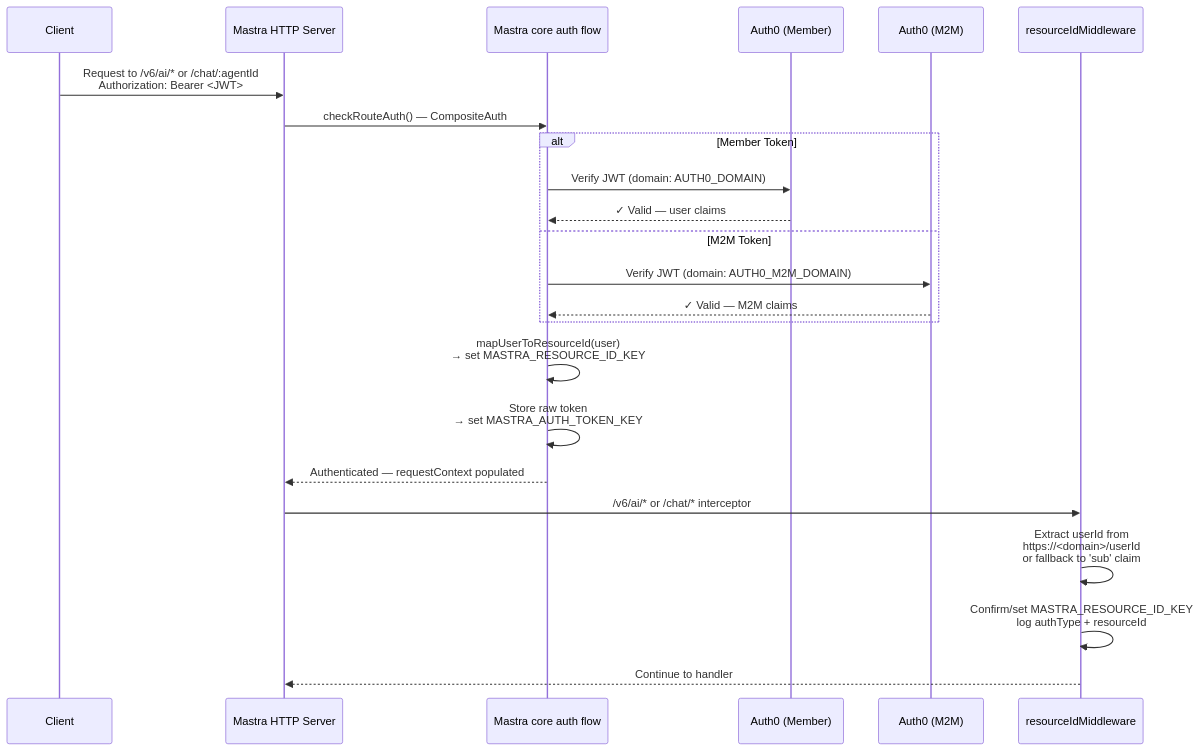
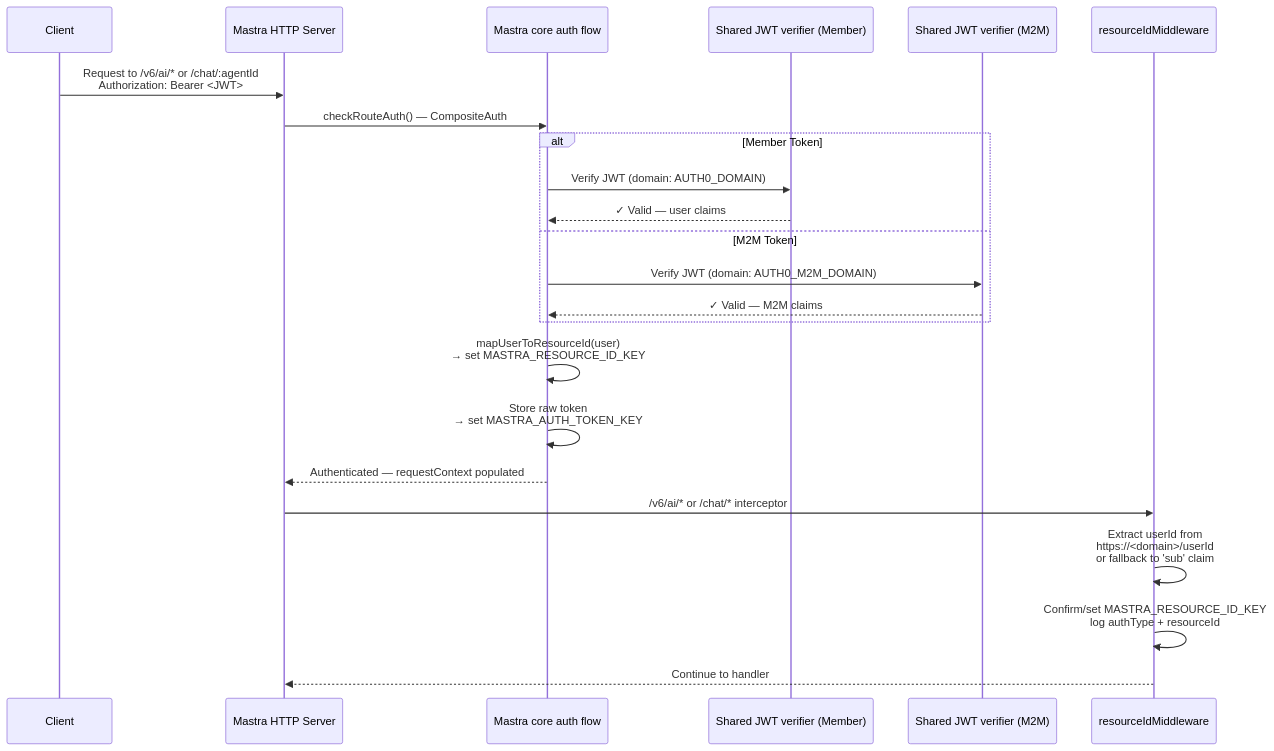
The second of 4 diagrams in README.md (topcoder-platform/tc-ai-api), drawn with Mermaid before and after one commit. The commit also changed other lines of this file and 17 other files, not shown here.

````diff
--- a/README.md
+++ b/README.md
@@ -913,29 +919,29 @@
 ```mermaid
 sequenceDiagram
     participant Client
     participant Server as Mastra HTTP Server
     participant CoreAuth as Mastra core auth flow
-    participant MemberAuth as Auth0 (Member)
-    participant M2MAuth as Auth0 (M2M)
+    participant MemberAuth as Shared JWT verifier (Member)
+    participant M2MAuth as Shared JWT verifier (M2M)
     participant ResMiddleware as resourceIdMiddleware
 
     Client->>Server: Request to /v6/ai/* or /chat/:agentId<br/>Authorization: Bearer <JWT>
     Server->>CoreAuth: checkRouteAuth() — CompositeAuth
 
     alt Member Token
         CoreAuth->>MemberAuth: Verify JWT (domain: AUTH0_DOMAIN)
         MemberAuth-->>CoreAuth: ✓ Valid — user claims
     else M2M Token
         CoreAuth->>M2MAuth: Verify JWT (domain: AUTH0_M2M_DOMAIN)
         M2MAuth-->>CoreAuth: ✓ Valid — M2M claims
     end
 
     CoreAuth->>CoreAuth: mapUserToResourceId(user)<br/>→ set MASTRA_RESOURCE_ID_KEY
     CoreAuth->>CoreAuth: Store raw token<br/>→ set MASTRA_AUTH_TOKEN_KEY
     CoreAuth-->>Server: Authenticated — requestContext populated
 
     Server->>ResMiddleware: /v6/ai/* or /chat/* interceptor
     ResMiddleware->>ResMiddleware: Extract userId from<br/>https://<domain>/userId<br/>or fallback to 'sub' claim
     ResMiddleware->>ResMiddleware: Confirm/set MASTRA_RESOURCE_ID_KEY<br/>log authType + resourceId
     ResMiddleware-->>Server: Continue to handler
 ```
````
